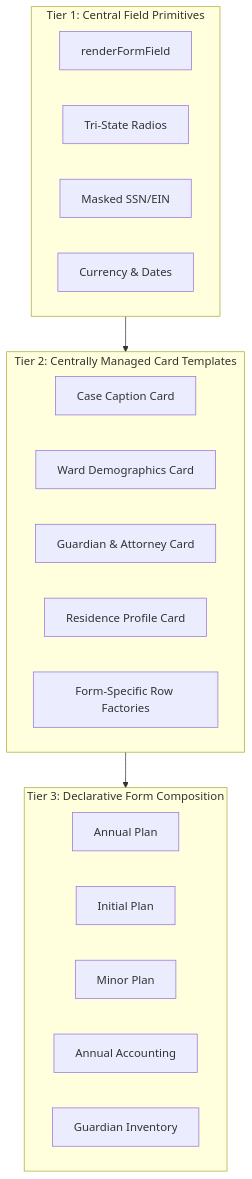
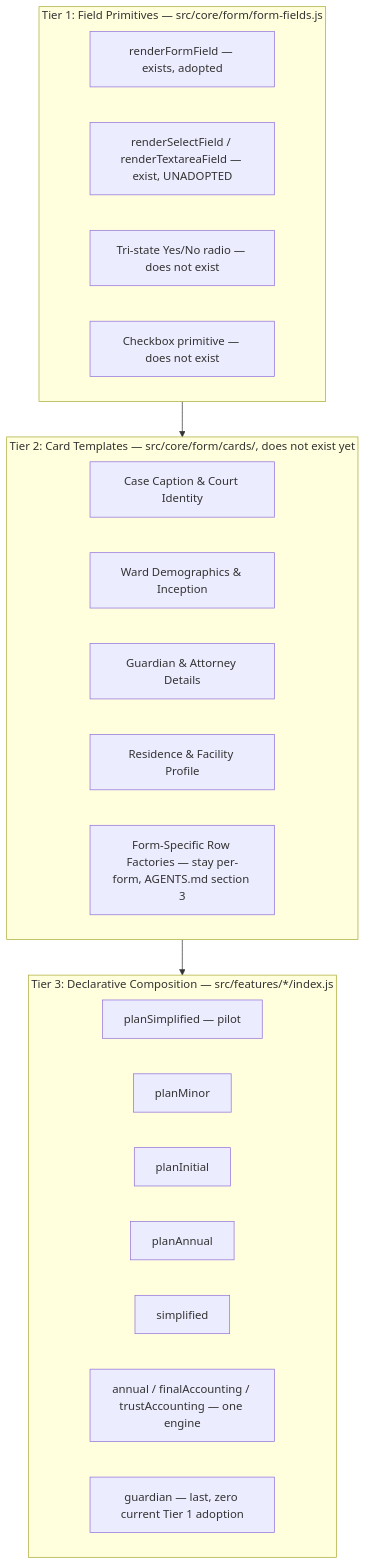
The diagram in probate-guardian/MILESTONE-41-PROPOSAL.md (caernarvonkjaer-del/caernarvon-net), drawn with Mermaid before and after one commit. The commit also changed other lines of this file, not shown here.

First line of the commit message:
docs(milestone-41): re-verify against current master, correct stale claims, add an execution plan

````diff
--- a/probate-guardian/MILESTONE-41-PROPOSAL.md
+++ b/probate-guardian/MILESTONE-41-PROPOSAL.md
@@ -39,28 +148,30 @@
 ```mermaid
 flowchart TD
-    subgraph Tier1 [Tier 1: Central Field Primitives]
-        F1[renderFormField]
-        F2[Tri-State Radios]
-        F3[Masked SSN/EIN]
-        F4[Currency & Dates]
+    subgraph Tier1 [Tier 1: Field Primitives — src/core/form/form-fields.js]
+        F1[renderFormField — exists, adopted]
+        F2[renderSelectField / renderTextareaField — exist, UNADOPTED]
+        F3[Tri-state Yes/No radio — does not exist]
+        F4[Checkbox primitive — does not exist]
     end
 
-    subgraph Tier2 [Tier 2: Centrally Managed Card Templates]
-        C1[Case Caption Card]
-        C2[Ward Demographics Card]
-        C3[Guardian & Attorney Card]
-        C4[Residence Profile Card]
-        C5[Form-Specific Row Factories]
+    subgraph Tier2 [Tier 2: Card Templates — src/core/form/cards/, does not exist yet]
+        C1[Case Caption & Court Identity]
+        C2[Ward Demographics & Inception]
+        C3[Guardian & Attorney Details]
+        C4[Residence & Facility Profile]
+        C5[Form-Specific Row Factories — stay per-form, AGENTS.md section 3]
     end
 
-    subgraph Tier3 [Tier 3: Declarative Form Composition]
-        P1[Annual Plan]
-        P2[Initial Plan]
-        P3[Minor Plan]
-        P4[Annual Accounting]
-        P5[Guardian Inventory]
+    subgraph Tier3 [Tier 3: Declarative Composition — src/features/*/index.js]
+        P1[planSimplified — pilot]
+        P2[planMinor]
+        P3[planInitial]
+        P4[planAnnual]
+        P5[simplified]
+        P6[annual / finalAccounting / trustAccounting — one engine]
+        P7[guardian — last, zero current Tier 1 adoption]
     end
 
     Tier1 --> Tier2
     Tier2 --> Tier3
 ```
````
